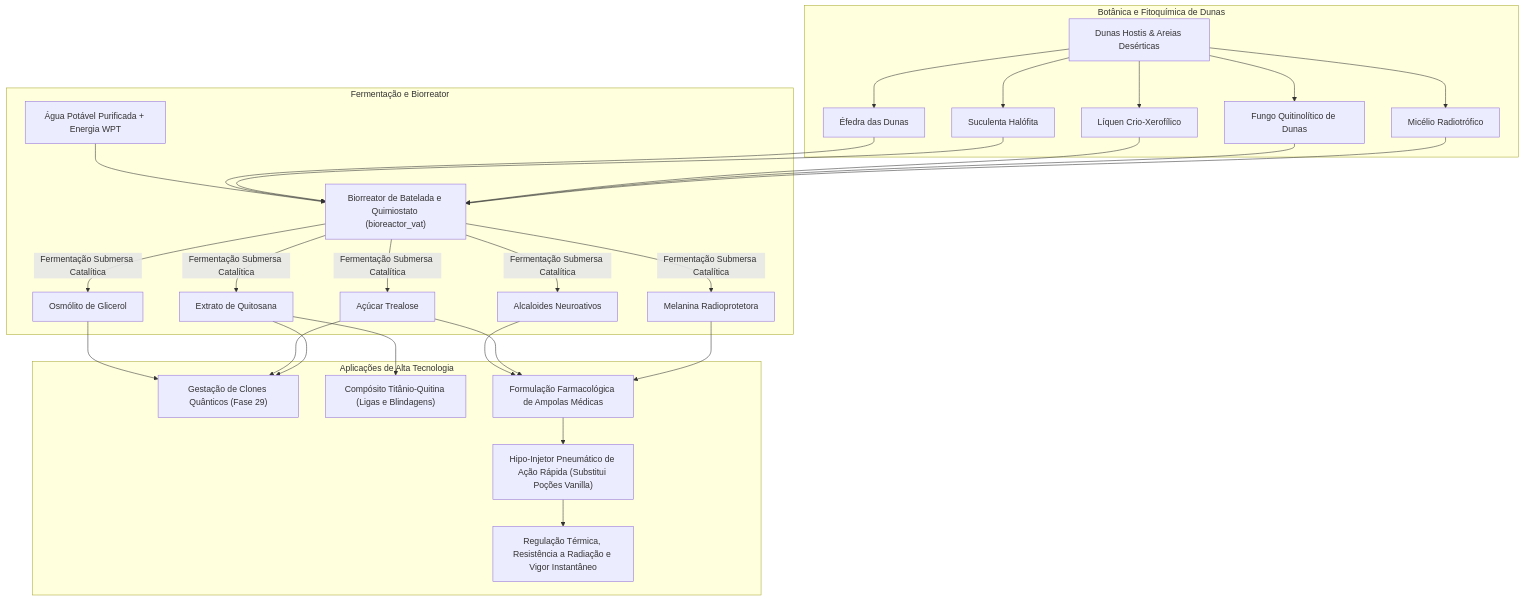
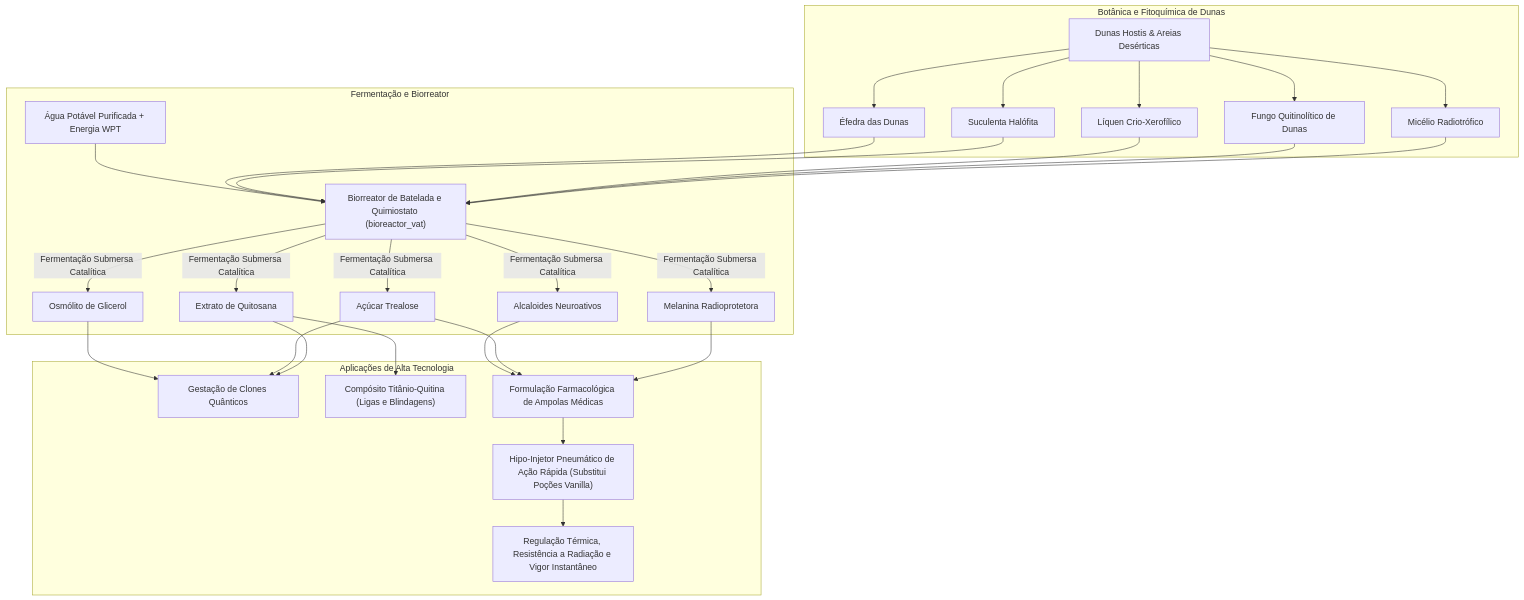
The eighth of 10 diagrams in README.md (fhfelipefh/SandStorm), drawn with Mermaid before and after one commit. The commit also changed other lines of this file and 3 other files, not shown here.

````diff
--- a/README.md
+++ b/README.md
@@ -222,28 +223,28 @@
 ```mermaid
 graph TD;
     subgraph "Botânica e Fitoquímica de Dunas"
         SAND["Dunas Hostis & Areias Desérticas"] --> F1["Micélio Radiotrófico"]
         SAND --> F2["Fungo Quitinolítico de Dunas"]
         SAND --> F3["Líquen Crio-Xerofílico"]
         SAND --> F4["Suculenta Halófita"]
         SAND --> F5["Éfedra das Dunas"]
     end
 
     subgraph "Fermentação e Biorreator"
         F1 & F2 & F3 & F4 & F5 --> BIO["Biorreator de Batelada e Quimiostato (bioreactor_vat)"]
         WAT["Água Potável Purificada + Energia WPT"] --> BIO
         BIO -->|Fermentação Submersa Catalítica| M1["Melanina Radioprotetora"]
         BIO -->|Fermentação Submersa Catalítica| M2["Extrato de Quitosana"]
         BIO -->|Fermentação Submersa Catalítica| M3["Açúcar Trealose"]
         BIO -->|Fermentação Submersa Catalítica| M4["Osmólito de Glicerol"]
         BIO -->|Fermentação Submersa Catalítica| M5["Alcaloides Neuroativos"]
     end
 
     subgraph "Aplicações de Alta Tecnologia"
-        M2 & M3 & M4 --> CLONE["Gestação de Clones Quânticos (Fase 29)"]
+        M2 & M3 & M4 --> CLONE["Gestação de Clones Quânticos"]
         M2 --> COMP["Compósito Titânio-Quitina (Ligas e Blindagens)"]
         M1 & M3 & M5 --> PHARM["Formulação Farmacológica de Ampolas Médicas"]
         PHARM --> HYPO["Hipo-Injetor Pneumático de Ação Rápida (Substitui Poções Vanilla)"]
         HYPO --> BOOST["Regulação Térmica, Resistência a Radiação e Vigor Instantâneo"]
     end
 ```
````
